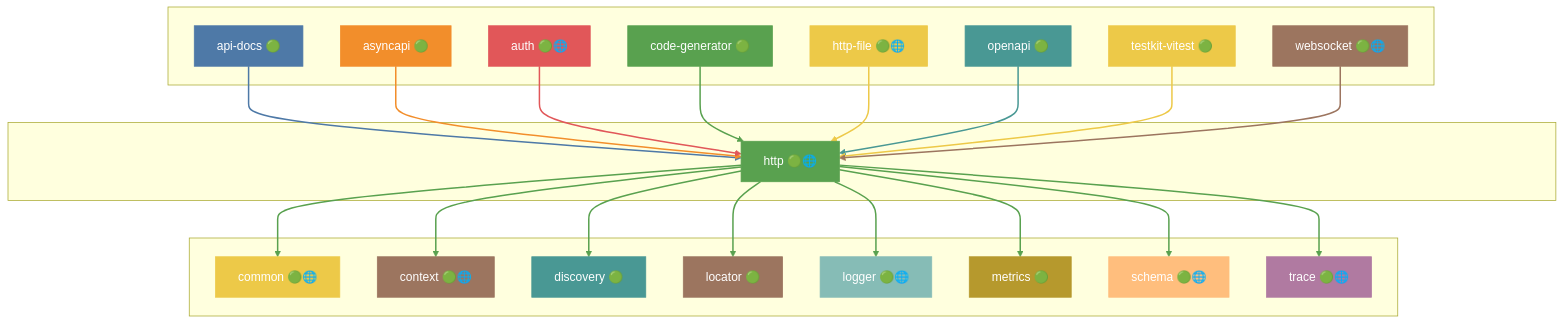
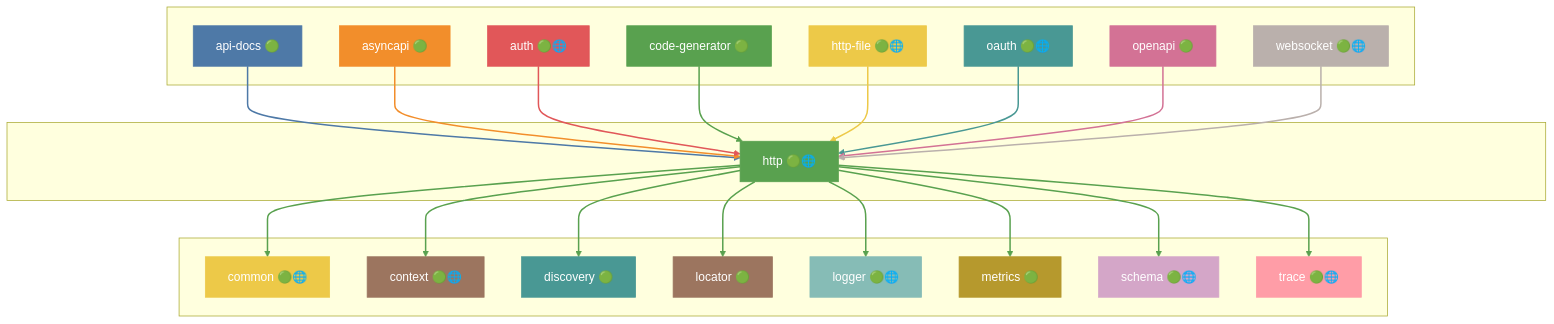
Diagram 24 of 47 in docs/DEPENDENCIES.md (grest-ts/grest-ts), drawn with Mermaid before and after one commit. The commit also changed other lines of this file and 27 other files, not shown here.

````diff
--- a/docs/DEPENDENCIES.md
+++ b/docs/DEPENDENCIES.md
@@ -1213,75 +1197,75 @@
 ```mermaid
 flowchart TB
     subgraph Dependents[" "]
         api-docs["api-docs 🟢"]
         asyncapi["asyncapi 🟢"]
         auth["auth 🟢🌐"]
         code-generator["code-generator 🟢"]
         http-file["http-file 🟢🌐"]
+        oauth["oauth 🟢🌐"]
         openapi["openapi 🟢"]
-        testkit-vitest["testkit-vitest 🟢"]
         websocket["websocket 🟢🌐"]
     end
     subgraph Package[" "]
         http["http 🟢🌐"]
     end
     subgraph Dependencies[" "]
         common["common 🟢🌐"]
         context["context 🟢🌐"]
         discovery["discovery 🟢"]
         locator["locator 🟢"]
         logger["logger 🟢🌐"]
         metrics["metrics 🟢"]
         schema["schema 🟢🌐"]
         trace["trace 🟢🌐"]
     end
     api-docs --> http
     asyncapi --> http
     auth --> http
     code-generator --> http
     http-file --> http
+    oauth --> http
     openapi --> http
-    testkit-vitest --> http
     websocket --> http
     http --> common
     http --> context
     http --> discovery
     http --> locator
     http --> logger
     http --> metrics
     http --> schema
     http --> trace
     style http fill:#59A14F,stroke:#59A14F,color:#fff
     style api-docs fill:#4E79A7,stroke:#4E79A7,color:#fff
     style asyncapi fill:#F28E2B,stroke:#F28E2B,color:#fff
     style auth fill:#E15759,stroke:#E15759,color:#fff
     style code-generator fill:#59A14F,stroke:#59A14F,color:#fff
     style http-file fill:#EDC948,stroke:#EDC948,color:#fff
-    style openapi fill:#499894,stroke:#499894,color:#fff
-    style testkit-vitest fill:#EDC948,stroke:#EDC948,color:#fff
-    style websocket fill:#9C755F,stroke:#9C755F,color:#fff
+    style oauth fill:#499894,stroke:#499894,color:#fff
+    style openapi fill:#D37295,stroke:#D37295,color:#fff
+    style websocket fill:#BAB0AC,stroke:#BAB0AC,color:#fff
     style common fill:#EDC948,stroke:#EDC948,color:#fff
     style context fill:#9C755F,stroke:#9C755F,color:#fff
     style discovery fill:#499894,stroke:#499894,color:#fff
     style locator fill:#9C755F,stroke:#9C755F,color:#fff
     style logger fill:#86BCB6,stroke:#86BCB6,color:#fff
     style metrics fill:#B6992D,stroke:#B6992D,color:#fff
-    style schema fill:#FFBE7D,stroke:#FFBE7D,color:#fff
-    style trace fill:#B07AA1,stroke:#B07AA1,color:#fff
+    style schema fill:#D4A6C8,stroke:#D4A6C8,color:#fff
+    style trace fill:#FF9DA7,stroke:#FF9DA7,color:#fff
     linkStyle 0 stroke:#4E79A7,stroke-width:2px
     linkStyle 1 stroke:#F28E2B,stroke-width:2px
     linkStyle 2 stroke:#E15759,stroke-width:2px
     linkStyle 3 stroke:#59A14F,stroke-width:2px
     linkStyle 4 stroke:#EDC948,stroke-width:2px
     linkStyle 5 stroke:#499894,stroke-width:2px
-    linkStyle 6 stroke:#EDC948,stroke-width:2px
-    linkStyle 7 stroke:#9C755F,stroke-width:2px
+    linkStyle 6 stroke:#D37295,stroke-width:2px
+    linkStyle 7 stroke:#BAB0AC,stroke-width:2px
     linkStyle 8 stroke:#59A14F,stroke-width:2px
     linkStyle 9 stroke:#59A14F,stroke-width:2px
     linkStyle 10 stroke:#59A14F,stroke-width:2px
     linkStyle 11 stroke:#59A14F,stroke-width:2px
     linkStyle 12 stroke:#59A14F,stroke-width:2px
     linkStyle 13 stroke:#59A14F,stroke-width:2px
     linkStyle 14 stroke:#59A14F,stroke-width:2px
     linkStyle 15 stroke:#59A14F,stroke-width:2px
 ```
````
